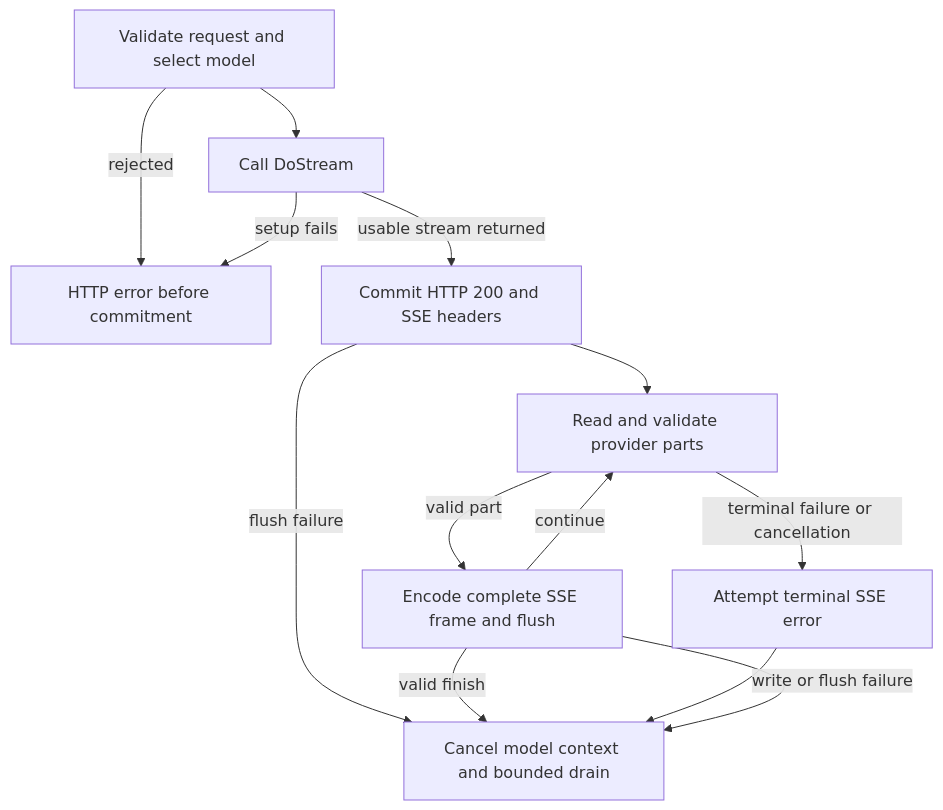
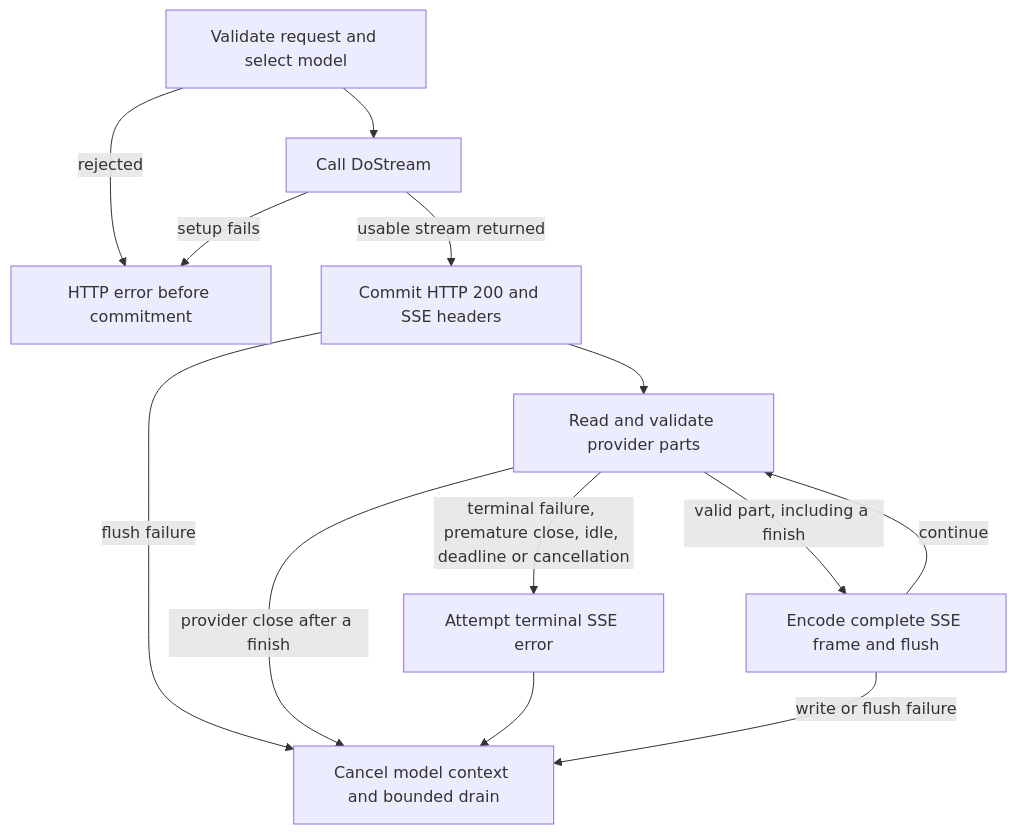
One commit to grafana/ai-sdk changed the third of 3 diagrams in docs/concepts/gateway-architecture.md. Above: the diagram before and after it, drawn with Mermaid. The commit also changed other lines of this file and 22 other files, not shown here.

````diff
--- a/docs/concepts/gateway-architecture.md
+++ b/docs/concepts/gateway-architecture.md
@@ -199,15 +199,15 @@
 ```mermaid
 flowchart TD
   request[Validate request and select model] --> setup[Call DoStream]
   request -->|rejected| httpError[HTTP error before commitment]
   setup -->|setup fails| httpError
   setup -->|usable stream returned| commit[Commit HTTP 200 and SSE headers]
   commit --> read[Read and validate provider parts]
   commit -->|flush failure| cleanup
-  read -->|valid part| frame[Encode complete SSE frame and flush]
+  read -->|valid part, including a finish| frame[Encode complete SSE frame and flush]
   frame -->|continue| read
-  frame -->|valid finish| cleanup[Cancel model context and bounded drain]
-  read -->|terminal failure or cancellation| terminal[Attempt terminal SSE error]
+  read -->|provider close after a finish| cleanup[Cancel model context and bounded drain]
+  read -->|terminal failure, premature close, idle, deadline or cancellation| terminal[Attempt terminal SSE error]
   terminal --> cleanup
   frame -->|write or flush failure| cleanup
 ```
````
